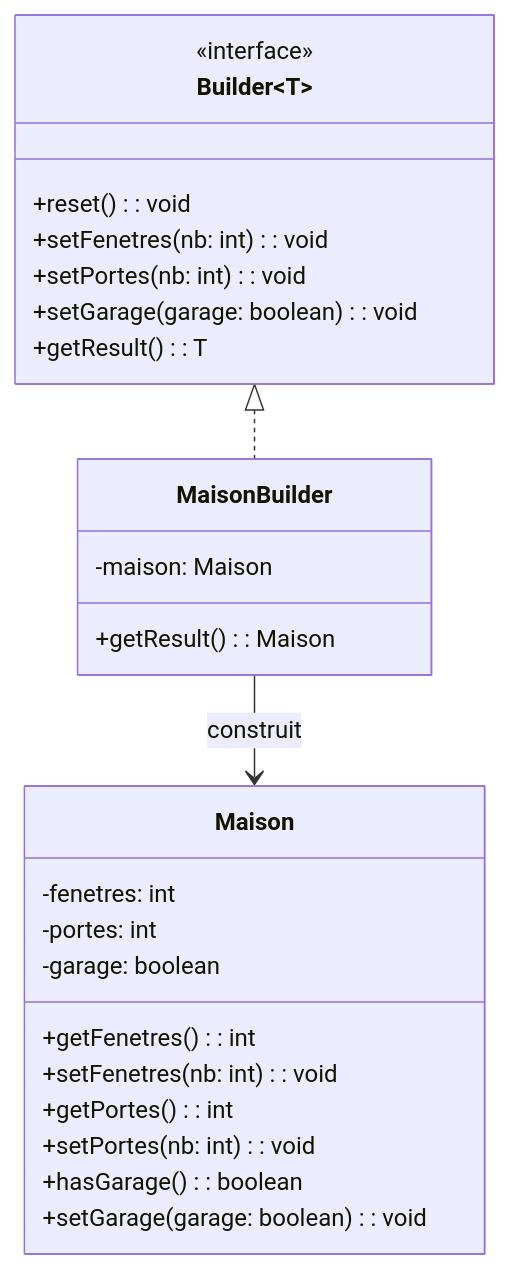
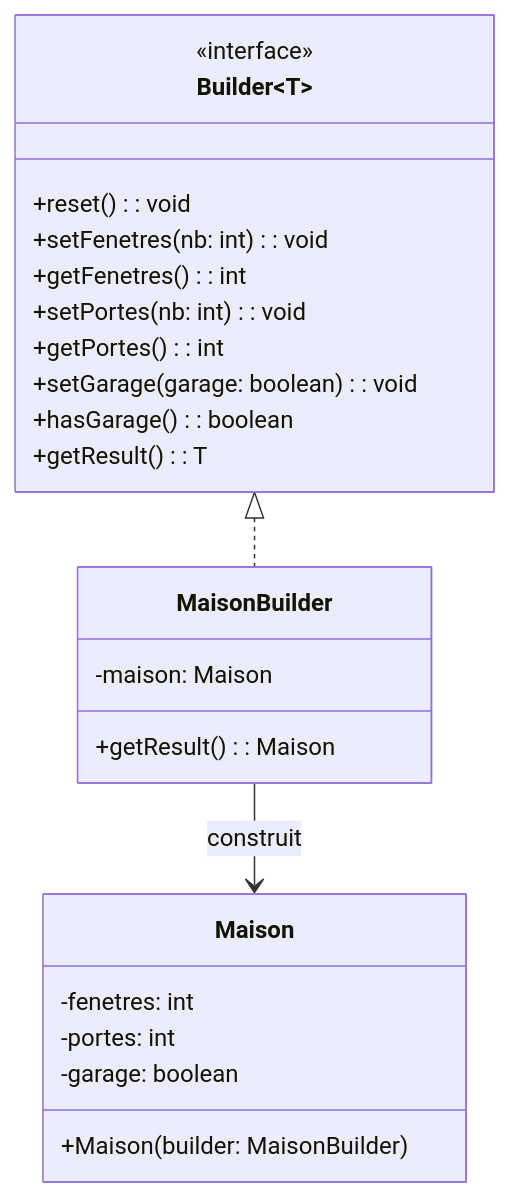
Before and after one commit to ophenix-maisonneuve/420-930-ma-site-web: the diagram in _notes/patterns/creation/pattern-builder.md, drawn with Mermaid. The commit also changed other lines of this file and 1 other file, not shown here.

Commit message:
première version de l'exercice sur Builder

````diff
--- a/_notes/patterns/creation/pattern-builder.md
+++ b/_notes/patterns/creation/pattern-builder.md
@@ -48,31 +48,29 @@
 ```mermaid
 classDiagram
 class Maison {
   -fenetres: int
   -portes: int
   -garage: boolean
-  +getFenetres(): int
-  +setFenetres(nb: int): void
-  +getPortes(): int
-  +setPortes(nb: int): void
-  +hasGarage(): boolean
-  +setGarage(garage: boolean): void
+  +Maison(builder: MaisonBuilder)
 }
 
 class Builder~T~ {
   <<interface>>
   +reset(): void
   +setFenetres(nb: int): void
+  +getFenetres(): int
   +setPortes(nb: int): void
+  +getPortes(): int
   +setGarage(garage: boolean): void
+  +hasGarage(): boolean
   +getResult(): T
 }
 
 class MaisonBuilder {
   -maison: Maison
   +getResult(): Maison
 }
 
 Builder <|.. MaisonBuilder
 MaisonBuilder --> Maison : construit
 ```
````
